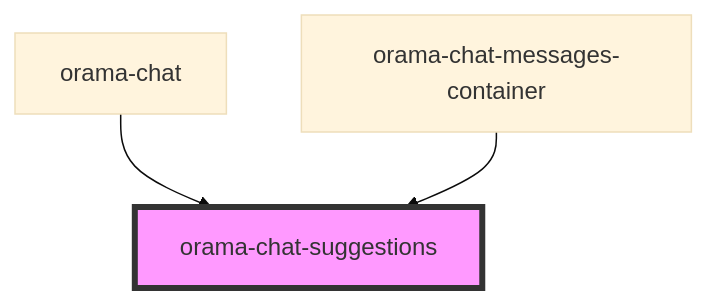
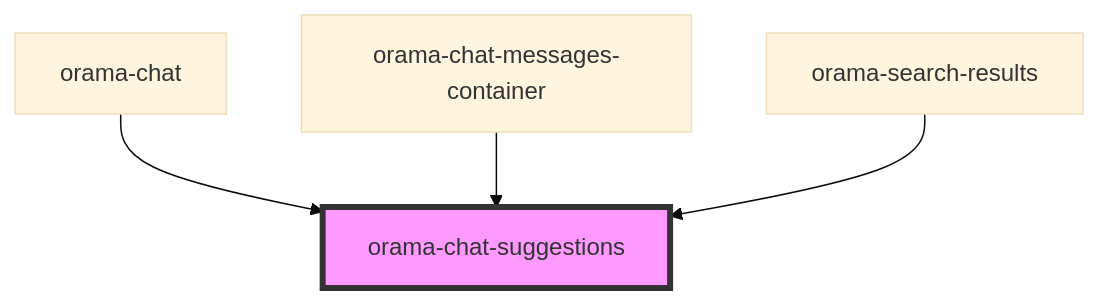
Before and after one commit to askorama/orama-ui-components: the diagram in packages/ui-stencil/src/components/internal/orama-chat-suggestions/readme.md, drawn with Mermaid (base theme). The commit also changed other lines of this file and 14 other files, not shown here.

````diff
--- a/packages/ui-stencil/src/components/internal/orama-chat-suggestions/readme.md
+++ b/packages/ui-stencil/src/components/internal/orama-chat-suggestions/readme.md
@@ -24,6 +26,7 @@
 ```mermaid
 graph TD;
   orama-chat --> orama-chat-suggestions
   orama-chat-messages-container --> orama-chat-suggestions
+  orama-search-results --> orama-chat-suggestions
   style orama-chat-suggestions fill:#f9f,stroke:#333,stroke-width:4px
 ```
````
